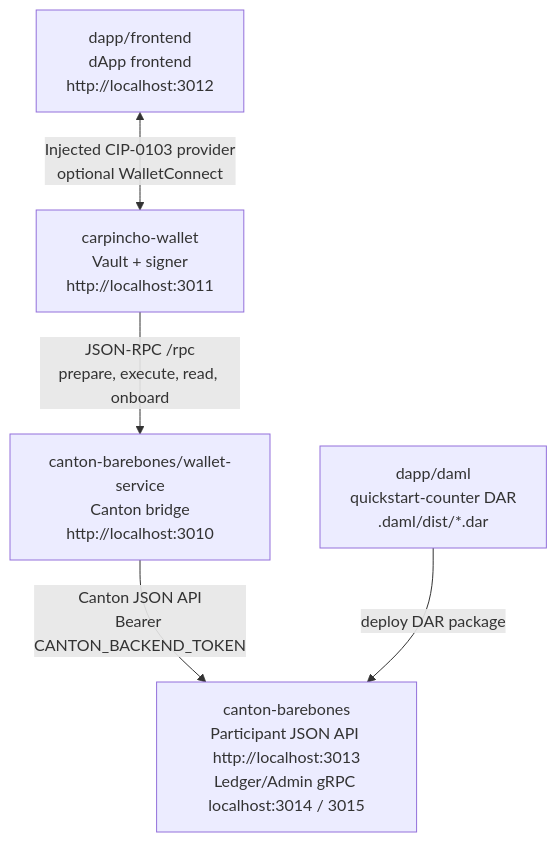
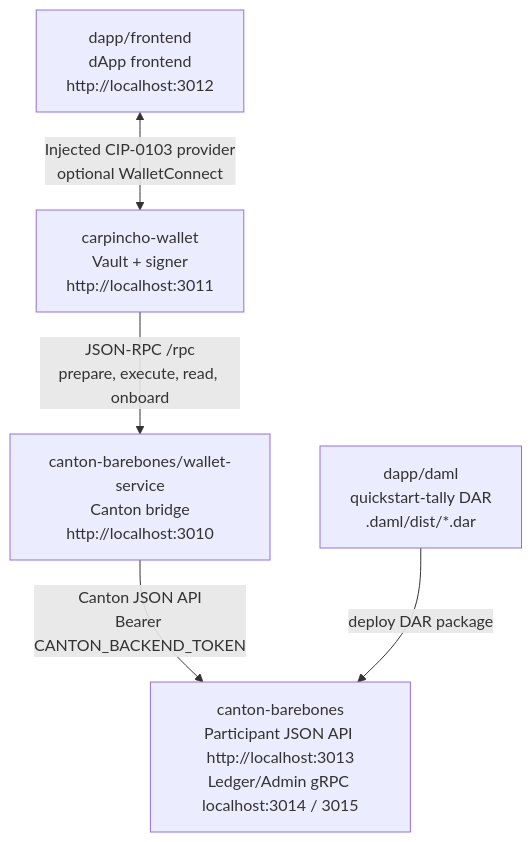
Before and after one commit to BootNodeDev/cn-dappbooster: the diagram in architecture.md, drawn with Mermaid. The commit also changed other lines of this file and 7 other files, not shown here.

Commit message:
docs: sync docs with counter-to-tally rename and frontend stack

````diff
--- a/architecture.md
+++ b/architecture.md
@@ -51,13 +51,13 @@
 ```mermaid
 flowchart TD
   fe["dapp/frontend<br/>dApp frontend<br/>http://localhost:3012"]
   wallet["carpincho-wallet<br/>Vault + signer<br/>http://localhost:3011"]
   ws["canton-barebones/wallet-service<br/>Canton bridge<br/>http://localhost:3010"]
   cb["canton-barebones<br/>Participant JSON API http://localhost:3013<br/>Ledger/Admin gRPC localhost:3014 / 3015"]
-  dar["dapp/daml<br/>quickstart-counter DAR<br/>.daml/dist/*.dar"]
+  dar["dapp/daml<br/>quickstart-tally DAR<br/>.daml/dist/*.dar"]
 
   fe <-->|"Injected CIP-0103 provider<br/>optional WalletConnect"| wallet
   wallet -->|"JSON-RPC /rpc<br/>prepare, execute, read, onboard"| ws
   ws -->|"Canton JSON API<br/>Bearer CANTON_BACKEND_TOKEN"| cb
   dar -->|"deploy DAR package"| cb
 ```
````
